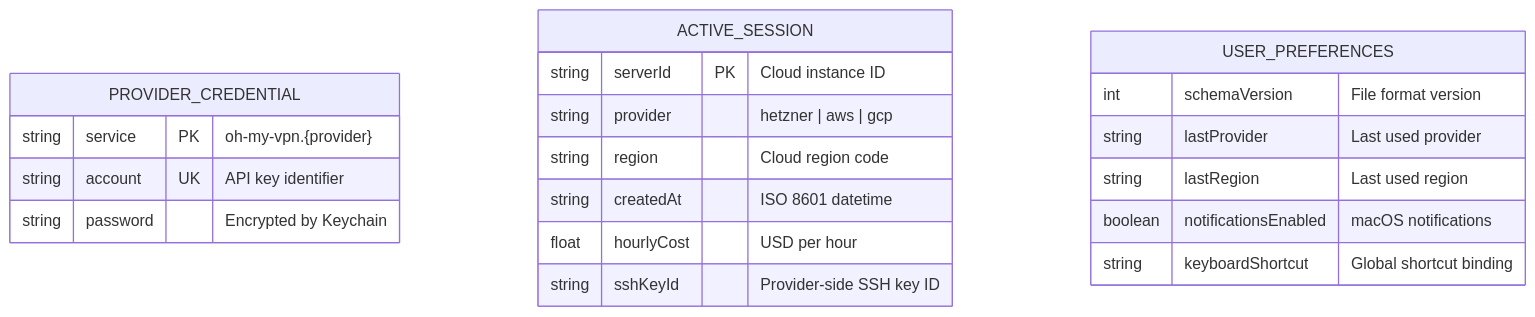
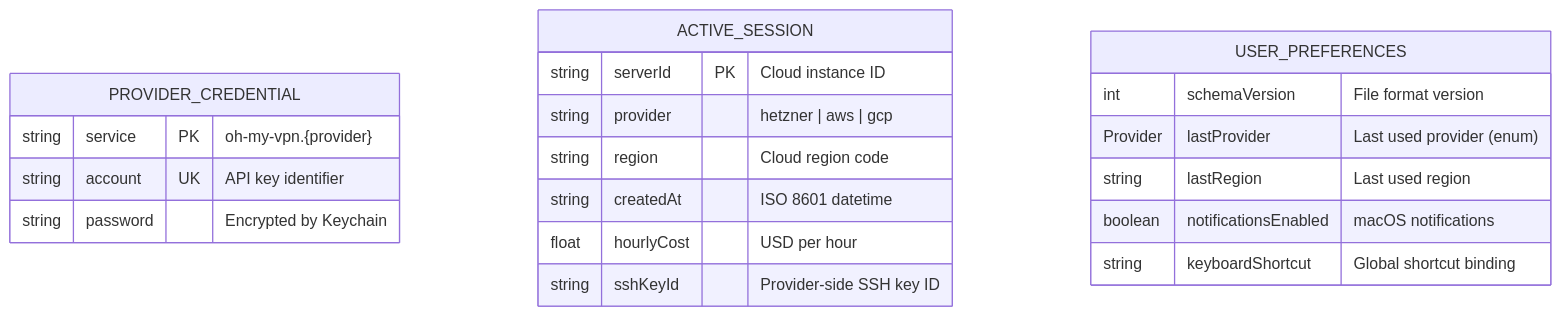
The first of 3 diagrams in docs/data-model/2026-03-04-1712-data-model.md (saemanas/oh-my-vpn), drawn with Mermaid before and after one commit. The commit also changed other lines of this file and 5 other files, not shown here.

````diff
--- a/docs/data-model/2026-03-04-1712-data-model.md
+++ b/docs/data-model/2026-03-04-1712-data-model.md
@@ -44,25 +44,25 @@
 ```mermaid
 erDiagram
     PROVIDER_CREDENTIAL {
         string service PK "oh-my-vpn.{provider}"
         string account UK "API key identifier"
         string password "Encrypted by Keychain"
     }
 
     ACTIVE_SESSION {
         string serverId PK "Cloud instance ID"
         string provider "hetzner | aws | gcp"
         string region "Cloud region code"
         string createdAt "ISO 8601 datetime"
         float hourlyCost "USD per hour"
         string sshKeyId "Provider-side SSH key ID"
     }
 
     USER_PREFERENCES {
         int schemaVersion "File format version"
-        string lastProvider "Last used provider"
+        Provider lastProvider "Last used provider (enum)"
         string lastRegion "Last used region"
         boolean notificationsEnabled "macOS notifications"
         string keyboardShortcut "Global shortcut binding"
     }
 ```
````
